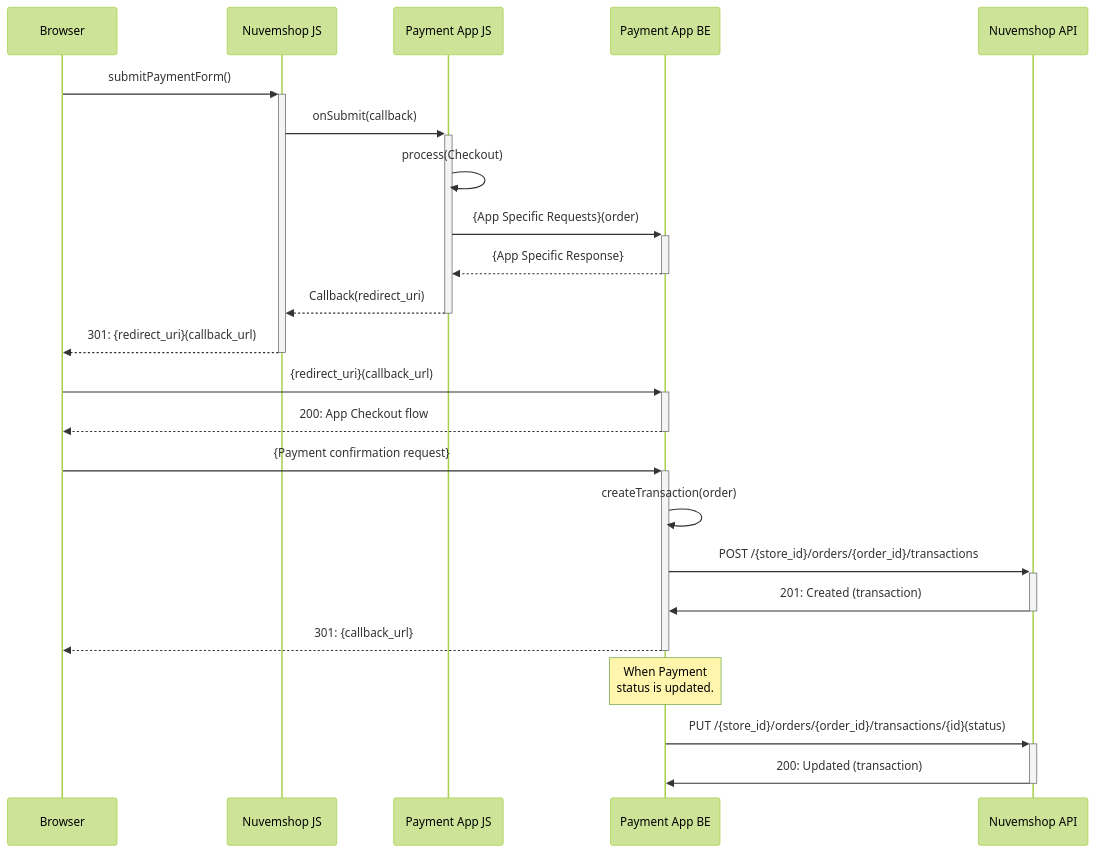
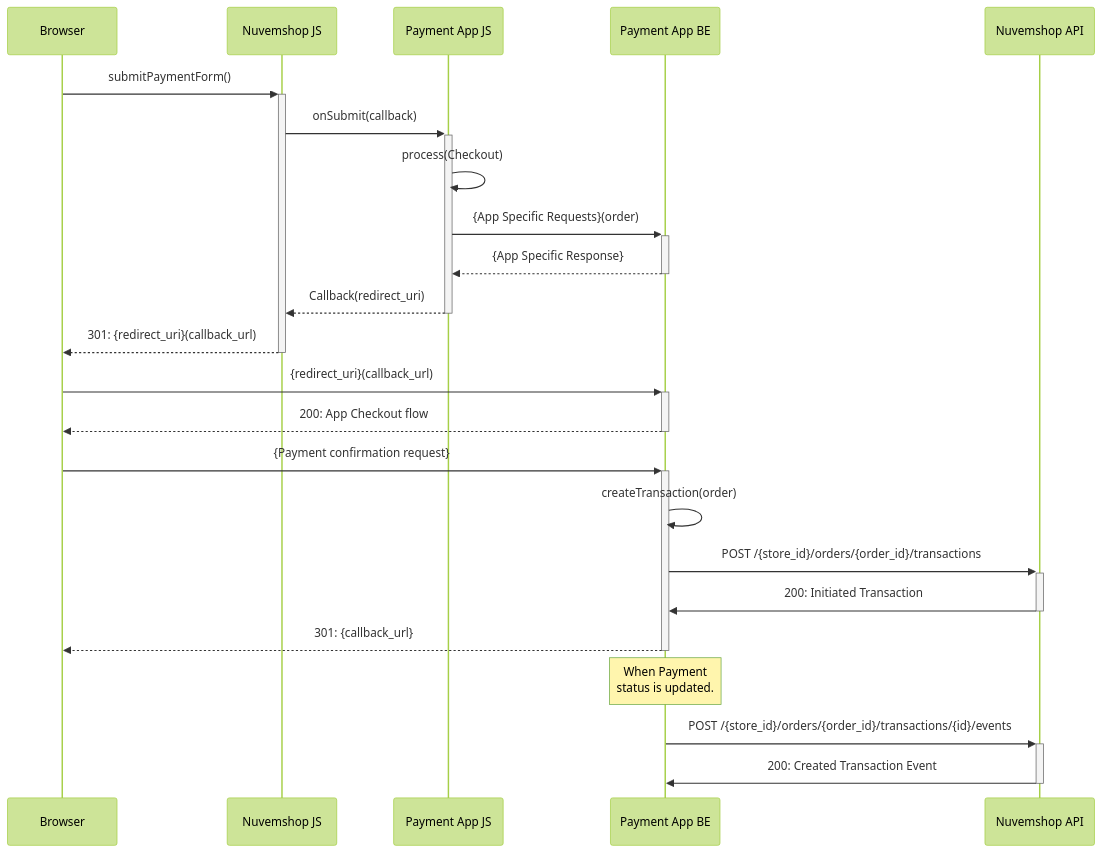
The diagram in guides/Payment Provider/mmd/PaymentProvider-RedirectPaymentOption.mmd (TiendaNube/api-docs), drawn with Mermaid (forest theme) before and after one commit. The commit also changed 6 other files, not shown here.

Commit message:
Updated payment sequence diagrams and fixed typos.

````diff
--- a/guides/Payment Provider/mmd/PaymentProvider-RedirectPaymentOption.mmd
+++ b/guides/Payment Provider/mmd/PaymentProvider-RedirectPaymentOption.mmd
@@ -1,25 +1,25 @@
 ```mermaid
 sequenceDiagram
 participant B as Browser
 participant NF as Nuvemshop JS
 participant AF as Payment App JS
 participant AB as Payment App BE
 participant NA as Nuvemshop API
 B ->>+ NF: submitPaymentForm()
 NF ->>+ AF: onSubmit(callback)
 AF ->> AF: process(Checkout)
 AF ->>+ AB: {App Specific Requests}(order)
 AB -->>- AF: {App Specific Response}
 AF -->>- NF: Callback(redirect_uri)
 NF -->>- B: 301: {redirect_uri}(callback_url)
 B ->>+ AB: {redirect_uri}(callback_url)
 AB -->>- B: 200: App Checkout flow
 B ->>+ AB: {Payment confirmation request}
 AB ->> AB: createTransaction(order)
 AB ->>+ NA: POST /{store_id}/orders/{order_id}/transactions
-NA ->>- AB: 201: Created (transaction)
+NA ->>- AB: 200: Initiated Transaction
 AB -->>- B: 301: {callback_url} 
 Note over AB: When Payment<br/>status is updated. 
-AB ->>+ NA: PUT /{store_id}/orders/{order_id}/transactions/{id}(status)
-NA ->>- AB: 200: Updated (transaction)
+AB ->>+ NA: POST /{store_id}/orders/{order_id}/transactions/{id}/events
+NA ->>- AB: 200: Created Transaction Event
 ```
````
